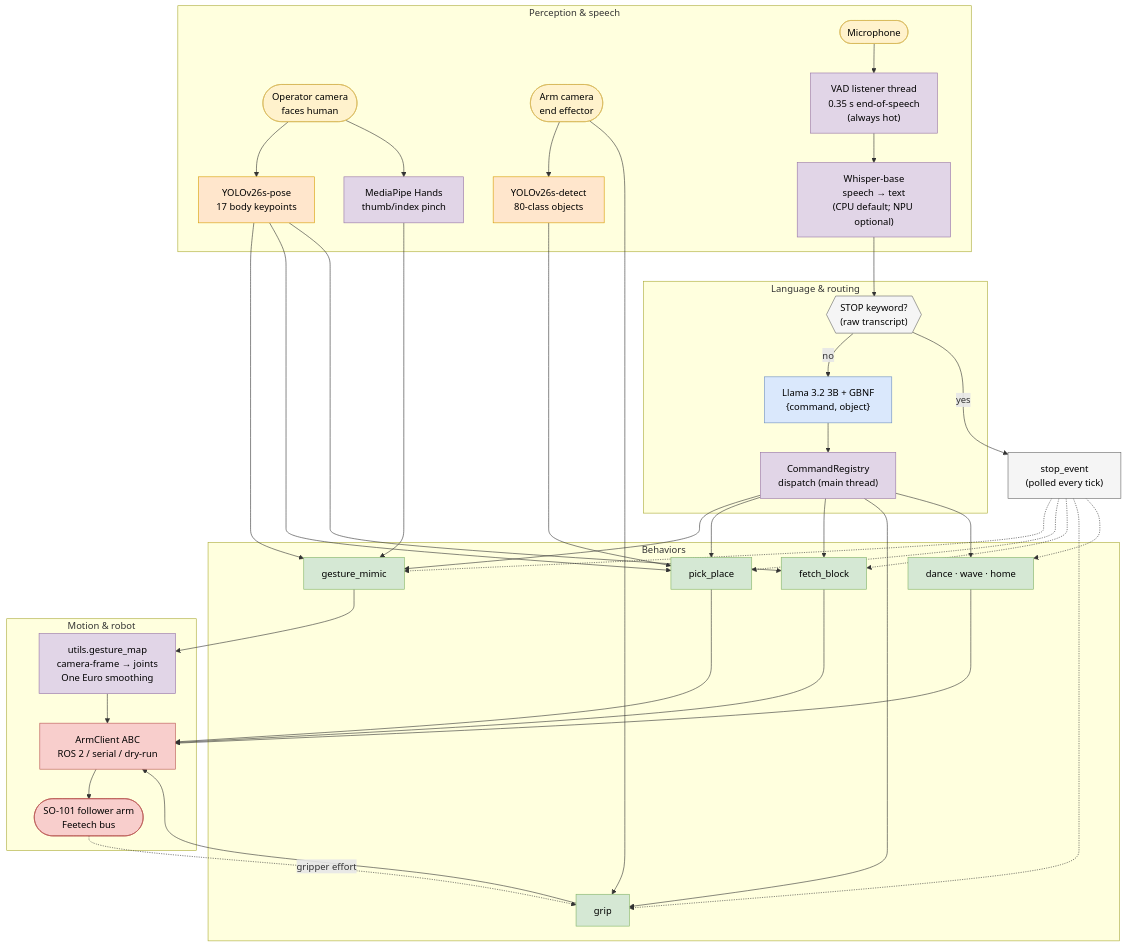
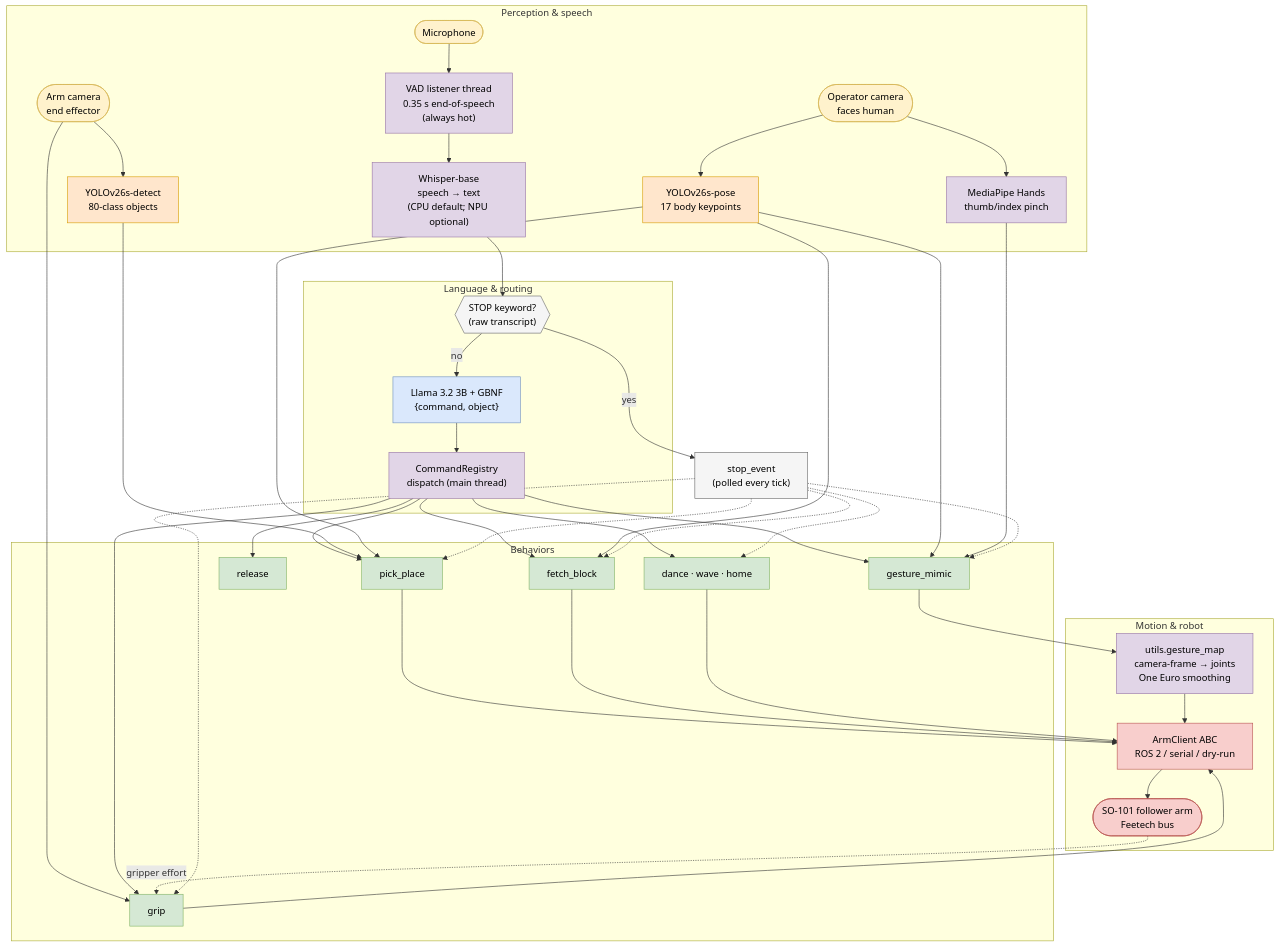
One commit to ThomasGmeinder/embedded-x86-ai changed the first of 3 diagrams in workshops/vvla-pipeline/README.md. Above: the diagram before and after it, drawn with Mermaid. The commit also changed other lines of this file and 15 other files, not shown here.

````diff
--- a/workshops/vvla-pipeline/README.md
+++ b/workshops/vvla-pipeline/README.md
@@ -12,71 +12,72 @@
 ```mermaid
 flowchart TB
     subgraph SENSE["Perception &amp; speech"]
         MIC([Microphone]):::io
         OPERATORCAM([Operator camera<br/>faces human]):::io
         ARMCAM([Arm camera<br/>end effector]):::io
 
         VAD["VAD listener thread<br/>0.35 s end-of-speech<br/>(always hot)"]:::cpu
         WHISPER["Whisper-base<br/>speech → text<br/>(CPU default; NPU optional)"]:::cpu
         POSE["YOLOv26s-pose<br/>17 body keypoints"]:::npu
         DETECT["YOLOv26s-detect<br/>80-class objects"]:::npu
         HANDS["MediaPipe Hands<br/>thumb/index pinch"]:::cpu
     end
 
     subgraph THINK["Language &amp; routing"]
         STOPCHK{{"STOP keyword?<br/>(raw transcript)"}}:::gate
         LLAMA["Llama 3.2 3B + GBNF<br/>{command, object}"]:::gpu
         REG["CommandRegistry<br/>dispatch (main thread)"]:::cpu
     end
 
     subgraph ACT["Behaviors"]
         MIMIC["gesture_mimic"]:::beh
         PICK["pick_place"]:::beh
         FETCH["fetch_block"]:::beh
         GRIP["grip"]:::beh
+        RELEASE["release"]:::beh
         OTHER["dance · wave · home"]:::beh
     end
 
     subgraph MOVE["Motion &amp; robot"]
         RETARGET["utils.gesture_map<br/>camera-frame → joints<br/>One Euro smoothing"]:::cpu
         ARMCLIENT["ArmClient ABC<br/>ROS 2 / serial / dry-run"]:::robot
         ARM([SO-101 follower arm<br/>Feetech bus]):::robot
     end
 
     STOPEVENT["stop_event<br/>(polled every tick)"]:::gate
 
     MIC --> VAD --> WHISPER --> STOPCHK
     STOPCHK -- "no" --> LLAMA --> REG
     STOPCHK -- "yes" --> STOPEVENT
 
     OPERATORCAM --> POSE
     OPERATORCAM --> HANDS
     ARMCAM --> DETECT
     ARMCAM --> GRIP
 
-    REG --> MIMIC & PICK & FETCH & GRIP & OTHER
+    REG --> MIMIC & PICK & FETCH & GRIP & RELEASE & OTHER
 
     POSE --> MIMIC
     HANDS --> MIMIC
     DETECT --> PICK
     POSE --> PICK
     POSE --> FETCH
 
     MIMIC --> RETARGET --> ARMCLIENT
     PICK --> ARMCLIENT
     FETCH --> ARMCLIENT
     GRIP --> ARMCLIENT
     OTHER --> ARMCLIENT
     ARMCLIENT --> ARM
     ARM -. "gripper effort" .-> GRIP
 
     STOPEVENT -.-> MIMIC & PICK & FETCH & GRIP & OTHER
 
     classDef npu fill:#ffe6cc,stroke:#d79b00,color:#000;
     classDef gpu fill:#dae8fc,stroke:#6c8ebf,color:#000;
     classDef cpu fill:#e1d5e7,stroke:#9673a6,color:#000;
     classDef beh fill:#d5e8d4,stroke:#82b366,color:#000;
     classDef robot fill:#f8cecc,stroke:#b85450,color:#000;
     classDef io fill:#fff2cc,stroke:#d6b656,color:#000;
     classDef gate fill:#f5f5f5,stroke:#666,color:#000;
 ```
````
